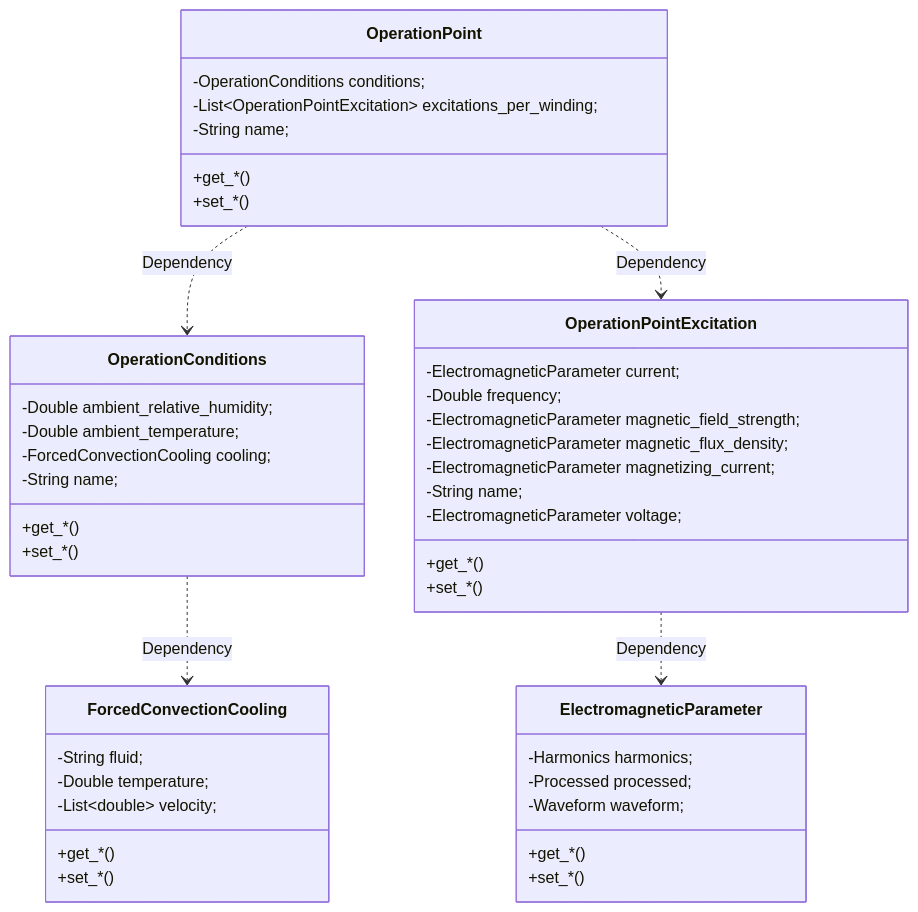
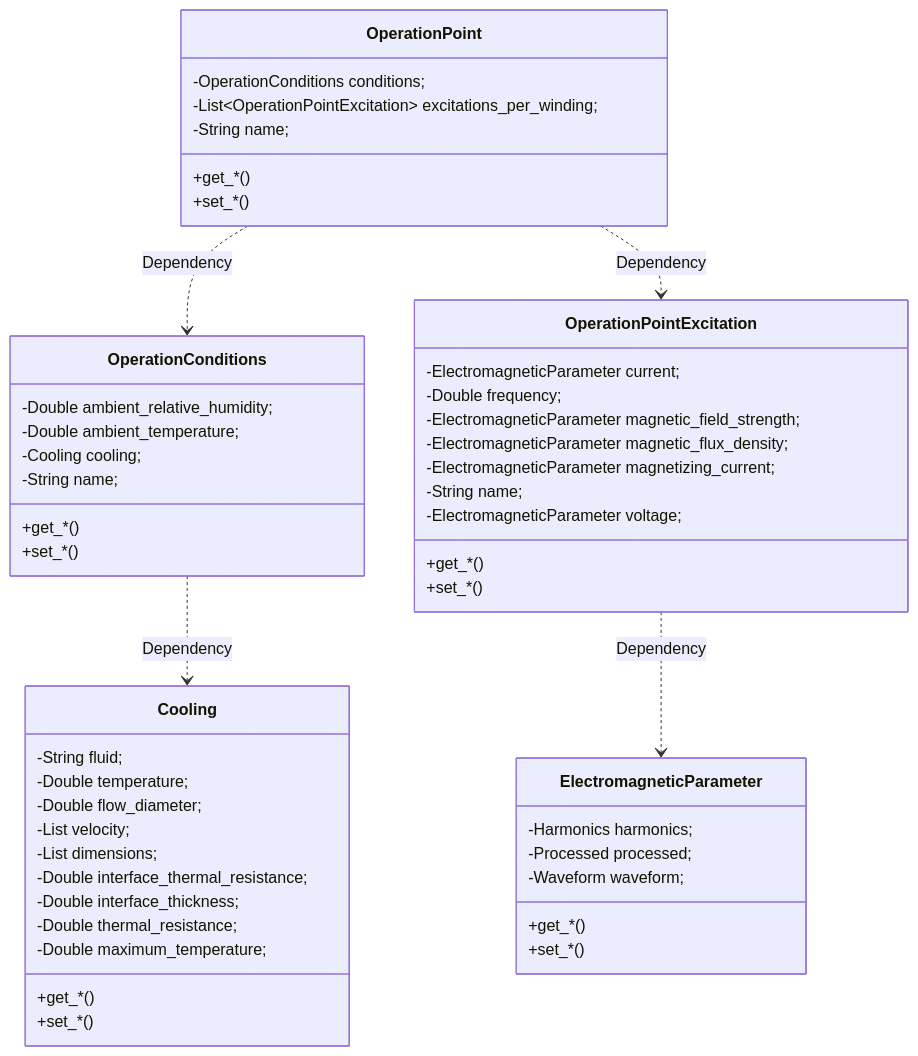
One commit to OpenMagnetics/MAS changed the third of 4 diagrams in docs/inputs.md. Above: the diagram before and after it, drawn with Mermaid. The commit also changed other lines of this file, not shown here.

Commit message:
Added cooling otions

````diff
--- a/docs/inputs.md
+++ b/docs/inputs.md
@@ -225,65 +225,72 @@
 ```mermaid
+
 classDiagram
 
 class OperationPoint {
 
     -OperationConditions conditions;
     -List~OperationPointExcitation~ excitations_per_winding;
     -String name;
 
     +get_*()
     +set_*()
 }
 
 OperationPoint ..> OperationConditions : Dependency
 OperationPoint ..> OperationPointExcitation : Dependency
 
 class OperationConditions {
 
     -Double ambient_relative_humidity;
     -Double ambient_temperature;
-    -ForcedConvectionCooling cooling;
+    -Cooling cooling;
     -String name;
 
     +get_*()
     +set_*()
 }
 
-OperationConditions ..> ForcedConvectionCooling : Dependency
+OperationConditions ..> Cooling : Dependency
 
-class ForcedConvectionCooling {
+class Cooling {
 
     -String fluid;
     -Double temperature;
-    -List~double~ velocity;
+    -Double flow_diameter;
+    -List<Double> velocity;
+    -List<Double> dimensions;
+    -Double interface_thermal_resistance;
+    -Double interface_thickness;
+    -Double thermal_resistance;
+    -Double maximum_temperature;
 
     +get_*()
     +set_*()
 }
 
 class OperationPointExcitation {
 
     -ElectromagneticParameter current;
     -Double frequency;
     -ElectromagneticParameter magnetic_field_strength;
     -ElectromagneticParameter magnetic_flux_density;
     -ElectromagneticParameter magnetizing_current;
     -String name;
     -ElectromagneticParameter voltage;
 
     +get_*()
     +set_*()
 }
 
 OperationPointExcitation ..> ElectromagneticParameter : Dependency
 
 class ElectromagneticParameter {
 
     -Harmonics harmonics;
     -Processed processed;
     -Waveform waveform;
 
     +get_*()
     +set_*()
 }
 ```
````
